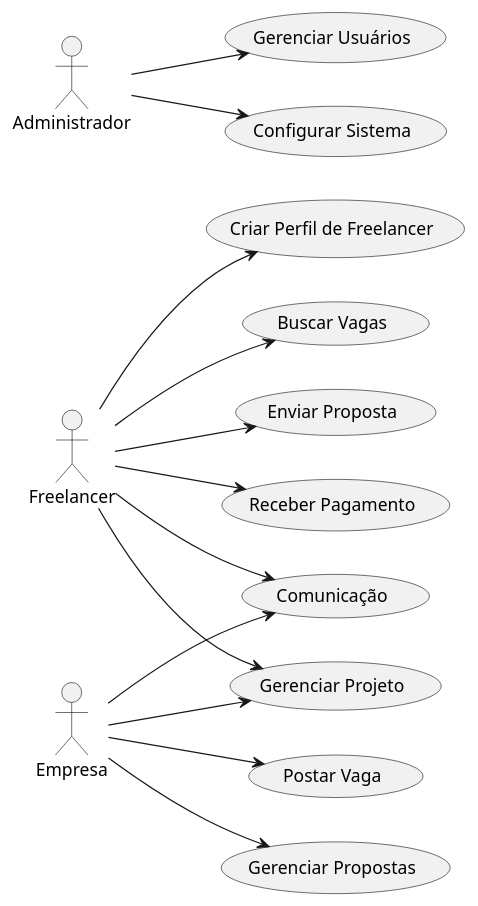
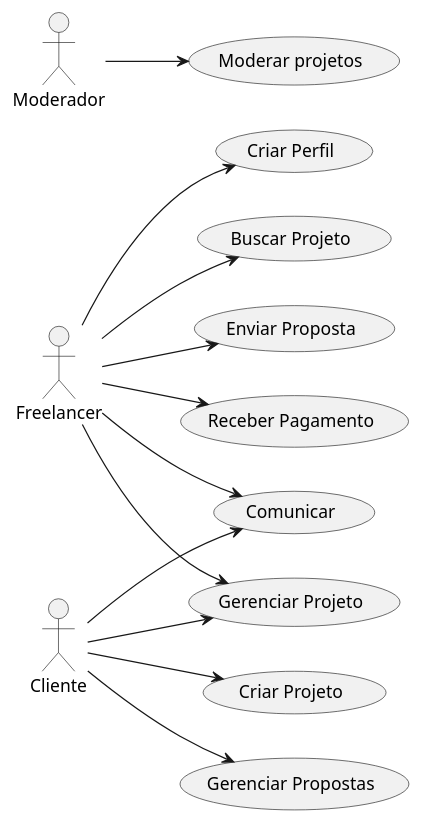
The diagram in docs/casos_de_uso.puml (LucasNeiva/Eng-Software-II), drawn with PlantUML before and after one commit. The commit also changed 2 other files, not shown here.

Commit message:
ajustes no diagrama de casos de uso

```diff
--- a/docs/casos_de_uso.puml
+++ b/docs/casos_de_uso.puml
@@ -1,22 +1,21 @@
-@startuml
+@startuml Casos de Uso
 
 left to right direction
 
 actor "Freelancer" as F
-actor "Empresa" as E
-actor "Administrador" as A
+actor "Cliente" as E
+actor "Moderador" as A
 
-F --> (Criar Perfil de Freelancer)
-F --> (Buscar Vagas)
-E --> (Postar Vaga)
+F --> (Criar Perfil)
+F --> (Buscar Projeto)
+E --> (Criar Projeto)
 F --> (Enviar Proposta)
 E --> (Gerenciar Propostas)
-F --> (Comunicação)
-E --> (Comunicação)
+F --> (Comunicar)
+E --> (Comunicar)
 F --> (Gerenciar Projeto)
 E --> (Gerenciar Projeto)
 F --> (Receber Pagamento)
-A --> (Gerenciar Usuários)
-A --> (Configurar Sistema)
+A --> (Moderar projetos)
 
 @enduml
```
